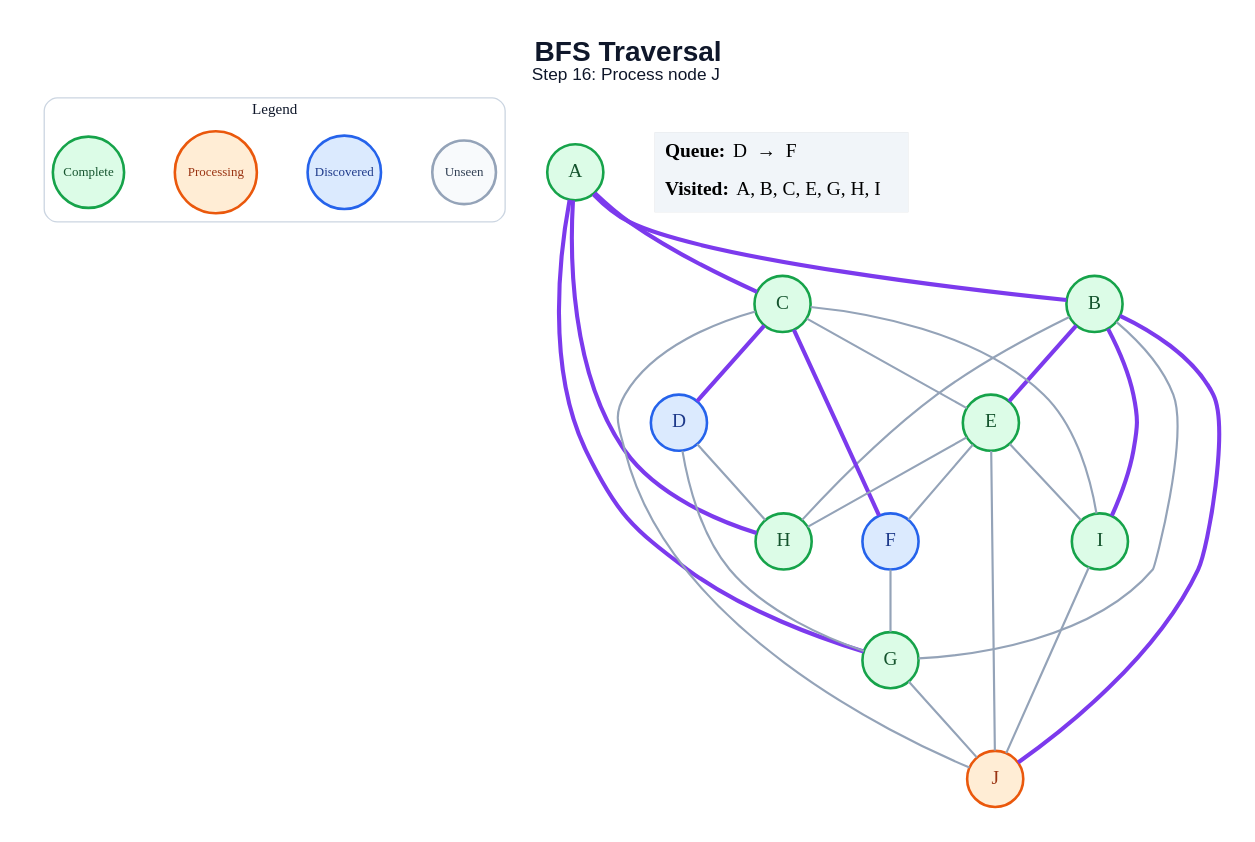
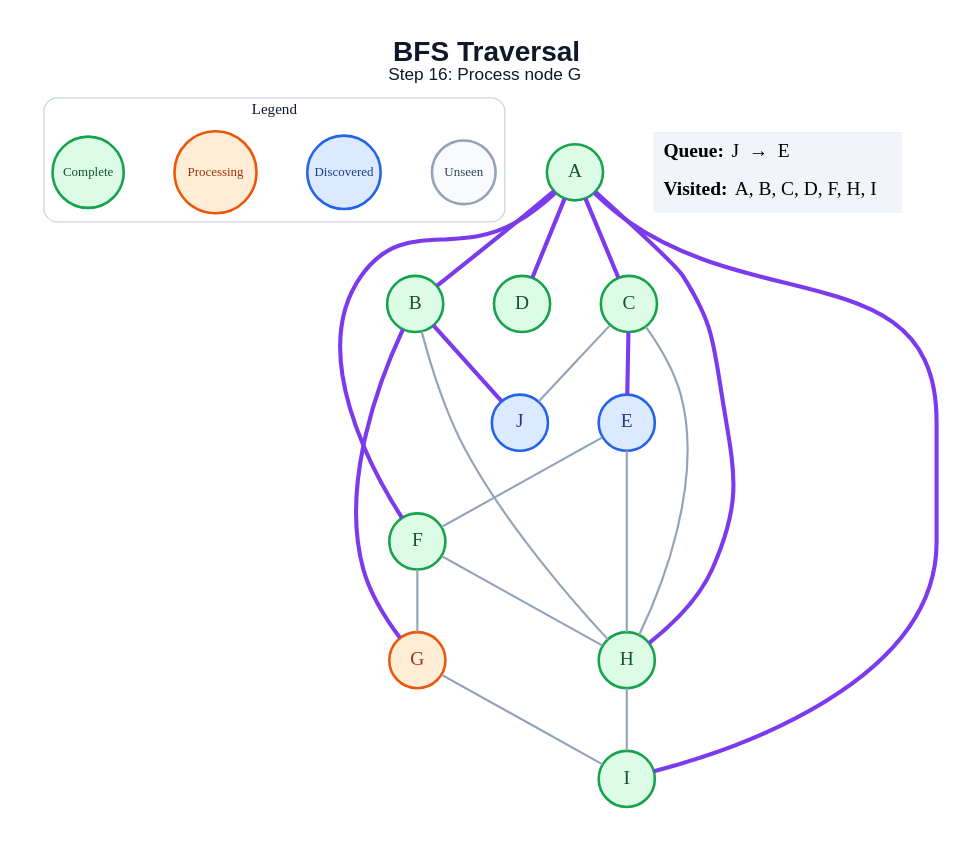
One commit to amanghodawala9/ai-slop changed the diagram in generated/bfs/step_16.dot. Above: the diagram before and after it, drawn with Graphviz. The commit also changed 178 other files, not shown here.

```diff
--- a/generated/bfs/step_16.dot
+++ b/generated/bfs/step_16.dot
@@ -1,52 +1,47 @@
 graph traversal {
   graph [layout=dot, rankdir=TB, bgcolor="#FFFFFF", pad="0.35", nodesep="0.65", ranksep="0.8", fontname="Arial"];
   node [shape=circle, style="filled", fontname="Arial Bold", fontsize=18, width=0.72, fixedsize=true, penwidth=2.4];
   edge [color="#94A3B8", penwidth=2.0];
-  label=<<B>BFS Traversal</B><BR/><FONT POINT-SIZE="16">Step 16: Process node J</FONT>>; labelloc="t"; fontsize=26; fontname="Arial"; fontcolor="#0F172A";
+  label=<<B>BFS Traversal</B><BR/><FONT POINT-SIZE="16">Step 16: Process node G</FONT>>; labelloc="t"; fontsize=26; fontname="Arial"; fontcolor="#0F172A";
   subgraph cluster_legend { label="Legend"; color="#CBD5E1"; penwidth=1.2; style="rounded"; fontsize=14; fontname="Arial Bold";
     key_unseen [label="Unseen", fillcolor="#F8FAFC", color="#94A3B8", fontcolor="#334155", fontsize=12, width=0.82];
     key_frontier [label="Discovered", fillcolor="#DBEAFE", color="#2563EB", fontcolor="#1E3A8A", fontsize=12, width=0.95];
     key_current [label="Processing", fillcolor="#FFEDD5", color="#EA580C", fontcolor="#9A3412", fontsize=12, width=1.05];
     key_done [label="Complete", fillcolor="#DCFCE7", color="#16A34A", fontcolor="#14532D", fontsize=12, width=0.92];
     { rank=same; key_unseen; key_frontier; key_current; key_done; }
   }
   A [fillcolor="#DCFCE7", color="#16A34A", fontcolor="#14532D"];
   B [fillcolor="#DCFCE7", color="#16A34A", fontcolor="#14532D"];
   C [fillcolor="#DCFCE7", color="#16A34A", fontcolor="#14532D"];
-  D [fillcolor="#DBEAFE", color="#2563EB", fontcolor="#1E3A8A"];
-  E [fillcolor="#DCFCE7", color="#16A34A", fontcolor="#14532D"];
-  F [fillcolor="#DBEAFE", color="#2563EB", fontcolor="#1E3A8A"];
-  G [fillcolor="#DCFCE7", color="#16A34A", fontcolor="#14532D"];
+  D [fillcolor="#DCFCE7", color="#16A34A", fontcolor="#14532D"];
+  E [fillcolor="#DBEAFE", color="#2563EB", fontcolor="#1E3A8A"];
+  F [fillcolor="#DCFCE7", color="#16A34A", fontcolor="#14532D"];
+  G [fillcolor="#FFEDD5", color="#EA580C", fontcolor="#9A3412"];
   H [fillcolor="#DCFCE7", color="#16A34A", fontcolor="#14532D"];
   I [fillcolor="#DCFCE7", color="#16A34A", fontcolor="#14532D"];
-  J [fillcolor="#FFEDD5", color="#EA580C", fontcolor="#9A3412"];
+  J [fillcolor="#DBEAFE", color="#2563EB", fontcolor="#1E3A8A"];
   A -- B [color="#7C3AED", penwidth=3.8];
   A -- C [color="#7C3AED", penwidth=3.8];
-  A -- G [color="#7C3AED", penwidth=3.8];
+  A -- D [color="#7C3AED", penwidth=3.8];
+  A -- F [color="#7C3AED", penwidth=3.8];
   A -- H [color="#7C3AED", penwidth=3.8];
-  B -- E [color="#7C3AED", penwidth=3.8];
-  B -- G;
+  A -- I [color="#7C3AED", penwidth=3.8];
+  B -- G [color="#7C3AED", penwidth=3.8];
   B -- H;
-  B -- I [color="#7C3AED", penwidth=3.8];
   B -- J [color="#7C3AED", penwidth=3.8];
-  C -- D [color="#7C3AED", penwidth=3.8];
-  C -- E;
-  C -- F [color="#7C3AED", penwidth=3.8];
-  C -- I;
+  C -- E [color="#7C3AED", penwidth=3.8];
+  C -- H;
   C -- J;
-  D -- G;
-  D -- H;
   E -- F;
   E -- H;
-  E -- I;
-  E -- J;
   F -- G;
-  G -- J;
-  I -- J;
+  F -- H;
+  G -- I;
+  H -- I;
   status [shape=plain, fixedsize=false, width=0, height=0, margin=0, label=<
     <TABLE BORDER="0" CELLBORDER="0" CELLPADDING="7" BGCOLOR="#F1F5F9">
-      <TR><TD ALIGN="LEFT"><B>Queue:</B> D  →  F</TD></TR>
-      <TR><TD ALIGN="LEFT"><B>Visited:</B> A, B, C, E, G, H, I</TD></TR>
+      <TR><TD ALIGN="LEFT"><B>Queue:</B> J  →  E</TD></TR>
+      <TR><TD ALIGN="LEFT"><B>Visited:</B> A, B, C, D, F, H, I</TD></TR>
     </TABLE>
   >];
 }
```
